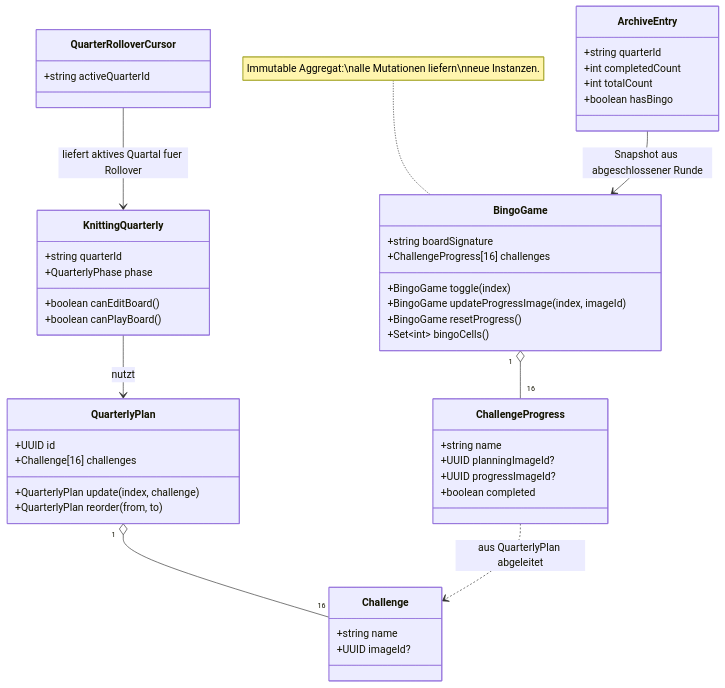
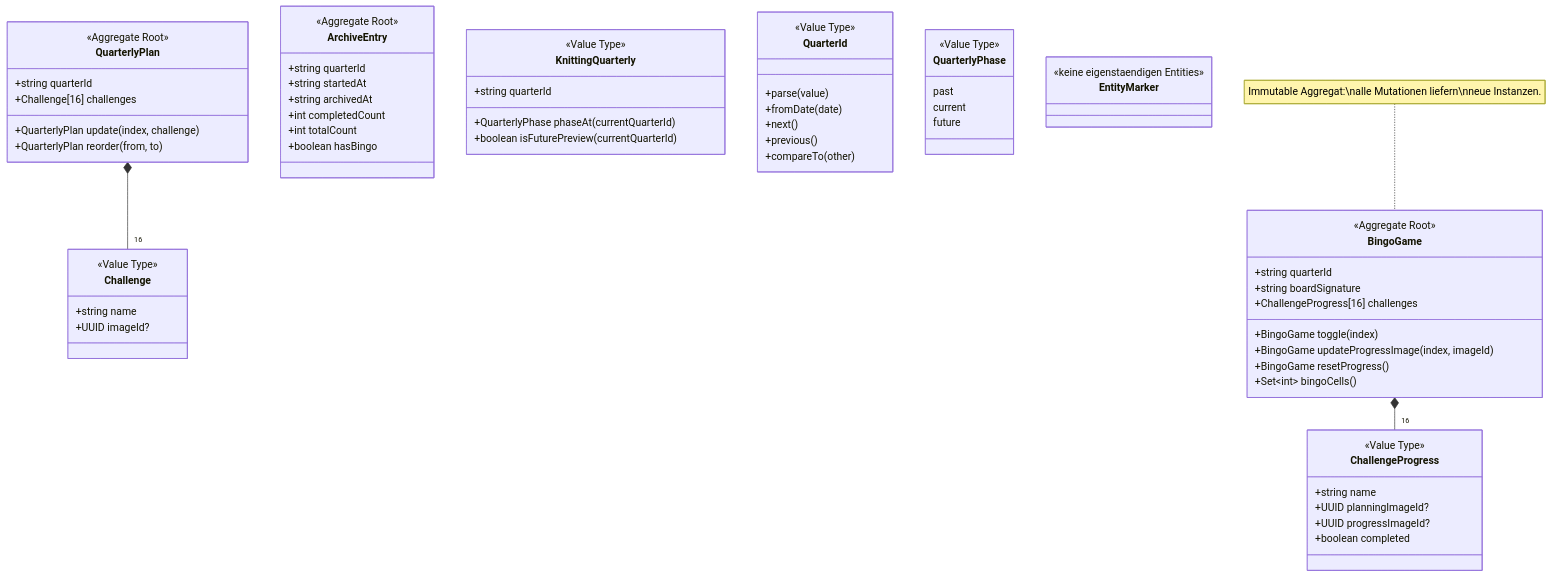
One commit to flingoflux/knitting-quarterly-bingo changed the second of 12 diagrams in docs/arc42.md. Above: the diagram before and after it, drawn with Mermaid. The commit also changed other lines of this file and 24 other files, not shown here.

First line of the commit message:
refactor: replace boardDefinitionId with quarterId in archive and bingo game features

````diff
--- a/docs/arc42.md
+++ b/docs/arc42.md
@@ -105,57 +104,77 @@
 ```mermaid
 classDiagram
-  class KnittingQuarterly {
+  class QuarterlyPlan {
+    <<Aggregate Root>>
     +string quarterId
-    +QuarterlyPhase phase
-    +boolean canEditBoard()
-    +boolean canPlayBoard()
-  }
-
-  class QuarterlyPlan {
-    +UUID id
     +Challenge[16] challenges
     +QuarterlyPlan update(index, challenge)
     +QuarterlyPlan reorder(from, to)
   }
 
   class Challenge {
+    <<Value Type>>
     +string name
     +UUID imageId?
   }
 
   class BingoGame {
+    <<Aggregate Root>>
+    +string quarterId
     +string boardSignature
     +ChallengeProgress[16] challenges
     +BingoGame toggle(index)
     +BingoGame updateProgressImage(index, imageId)
     +BingoGame resetProgress()
     +Set~int~ bingoCells()
   }
 
   class ChallengeProgress {
+    <<Value Type>>
     +string name
     +UUID planningImageId?
     +UUID progressImageId?
     +boolean completed
   }
 
-  class QuarterRolloverCursor {
-    +string activeQuarterId
-  }
-
   class ArchiveEntry {
+    <<Aggregate Root>>
     +string quarterId
+    +string startedAt
+    +string archivedAt
     +int completedCount
     +int totalCount
     +boolean hasBingo
   }
 
-  KnittingQuarterly --> QuarterlyPlan : nutzt
-  QuarterlyPlan "1" o-- "16" Challenge
-  BingoGame "1" o-- "16" ChallengeProgress
-  ChallengeProgress ..> Challenge : aus QuarterlyPlan abgeleitet
-  QuarterRolloverCursor --> KnittingQuarterly : liefert aktives Quartal fuer Rollover
-  ArchiveEntry --> BingoGame : Snapshot aus abgeschlossener Runde
+  class KnittingQuarterly {
+    <<Value Type>>
+    +string quarterId
+    +QuarterlyPhase phaseAt(currentQuarterId)
+    +boolean isFuturePreview(currentQuarterId)
+  }
+
+  class QuarterId {
+    <<Value Type>>
+    +parse(value)
+    +fromDate(date)
+    +next()
+    +previous()
+    +compareTo(other)
+  }
+
+  class QuarterlyPhase {
+    <<Value Type>>
+    past
+    current
+    future
+  }
+
+  class EntityMarker {
+    <<keine eigenstaendigen Entities>>
+  }
+
+  QuarterlyPlan *-- "16" Challenge
+  BingoGame *-- "16" ChallengeProgress
 
   note for BingoGame "Immutable Aggregat:\nalle Mutationen liefern\nneue Instanzen."
 ```
````
